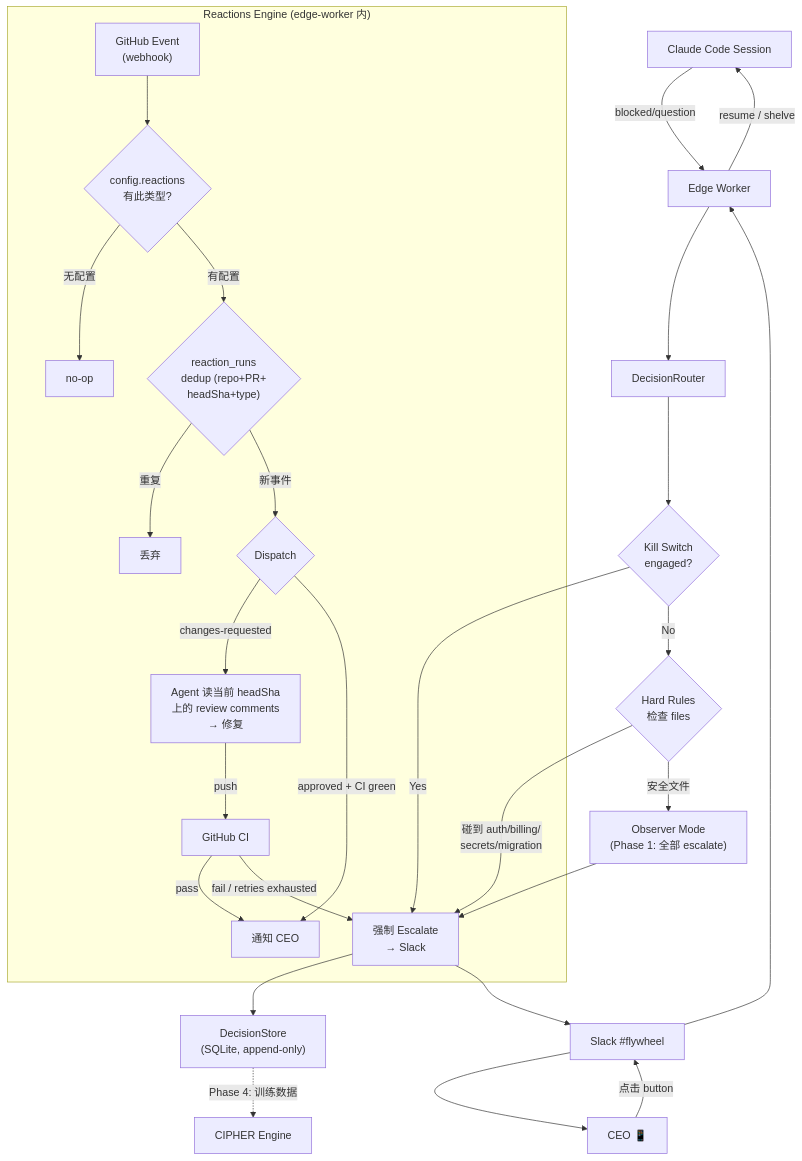
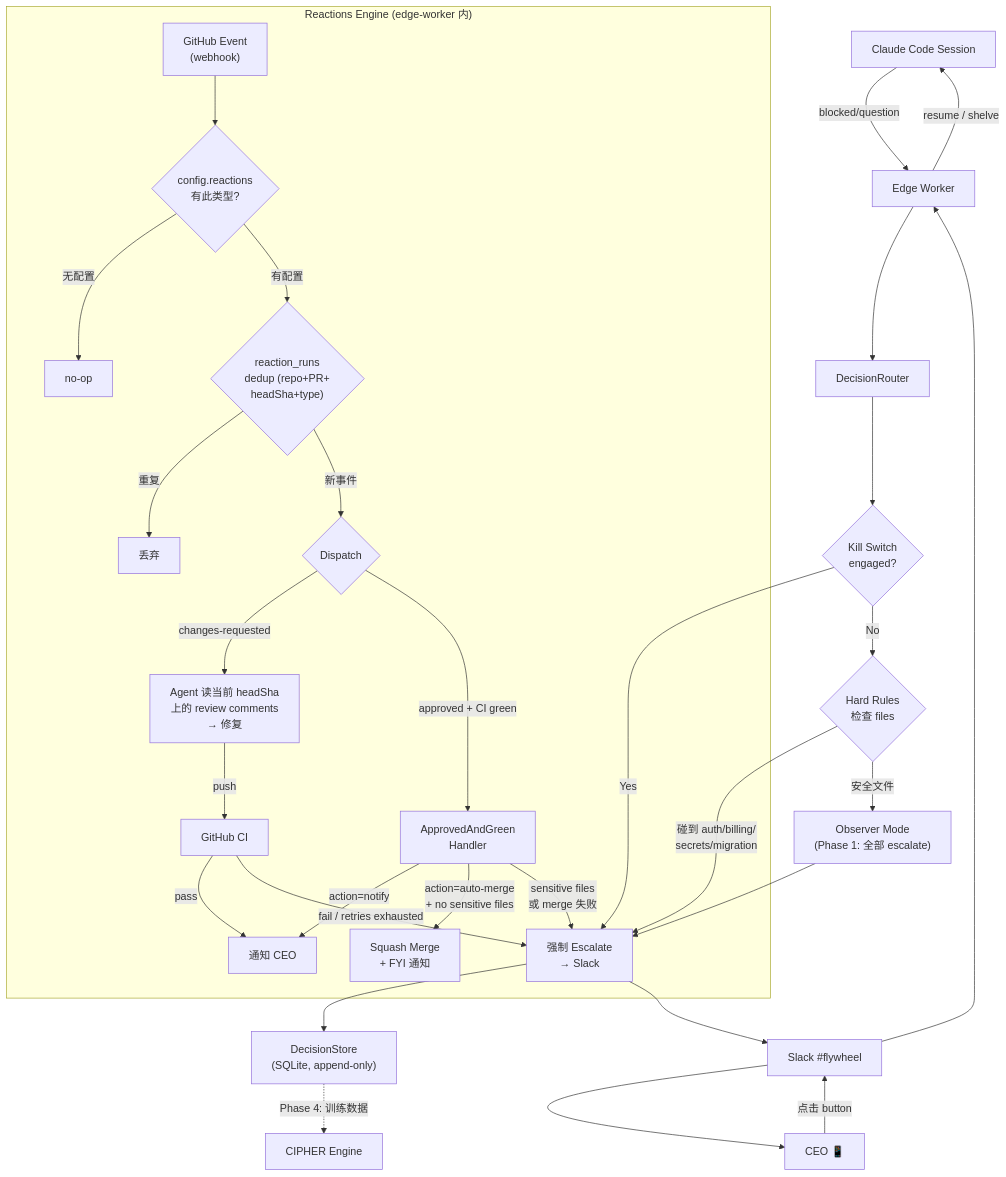
Before and after one commit to xrliAnnie/flywheel-qa-sandbox: the third of 6 diagrams in doc/plan/draft/v0.1.0-flywheel-orchestrator.md, drawn with Mermaid. The commit also changed other lines of this file and 1 other file, not shown here.

First line of the commit message:
docs: CEO-directed plan updates + Codex approved (Round 21)

````diff
--- a/doc/plan/draft/v0.1.0-flywheel-orchestrator.md
+++ b/doc/plan/draft/v0.1.0-flywheel-orchestrator.md
@@ -156,39 +156,42 @@
 ```mermaid
 graph TB
     CC["Claude Code Session"] -->|"blocked/question"| EW["Edge Worker"]
 
     EW --> DR["DecisionRouter"]
 
     DR --> KS{"Kill Switch<br/>engaged?"}
     KS -->|Yes| ESC["强制 Escalate<br/>→ Slack"]
     KS -->|No| HR{"Hard Rules<br/>检查 files"}
 
     HR -->|"碰到 auth/billing/<br/>secrets/migration"| ESC
     HR -->|"安全文件"| OBS["Observer Mode<br/>(Phase 1: 全部 escalate)"]
     OBS --> ESC
 
     ESC --> STORE["DecisionStore<br/>(SQLite, append-only)"]
     ESC --> SLACK["Slack #flywheel"]
     SLACK --> CEO["CEO 📱"]
     CEO -->|"点击 button"| SLACK
     SLACK --> EW
     EW -->|"resume / shelve"| CC
 
     STORE -.->|"Phase 4: 训练数据"| FUTURE["CIPHER Engine"]
 
     subgraph "Reactions Engine (edge-worker 内)"
         GH_EVENT["GitHub Event<br/>(webhook)"]
         CFG_MATCH{"config.reactions<br/>有此类型?"}
         DEDUP{"reaction_runs<br/>dedup (repo+PR+<br/>headSha+type)"}
         GH_EVENT --> CFG_MATCH
         CFG_MATCH -->|"无配置"| NOOP["no-op"]
         CFG_MATCH -->|"有配置"| DEDUP
         DEDUP -->|"重复"| DROP["丢弃"]
         DEDUP -->|"新事件"| DISPATCH{"Dispatch"}
         DISPATCH -->|"changes-requested"| REVIEW_FIX["Agent 读当前 headSha<br/>上的 review comments<br/>→ 修复"]
-        DISPATCH -->|"approved + CI green"| NOTIFY["通知 CEO"]
+        DISPATCH -->|"approved + CI green"| AGH["ApprovedAndGreen<br/>Handler"]
+        AGH -->|"action=notify"| NOTIFY["通知 CEO"]
+        AGH -->|"action=auto-merge<br/>+ no sensitive files"| MERGE["Squash Merge<br/>+ FYI 通知"]
+        AGH -->|"sensitive files<br/>或 merge 失败"| ESC
         REVIEW_FIX -->|"push"| GH_CI["GitHub CI"]
         GH_CI -->|"pass"| NOTIFY
         GH_CI -->|"fail / retries exhausted"| ESC
     end
 ```
````
